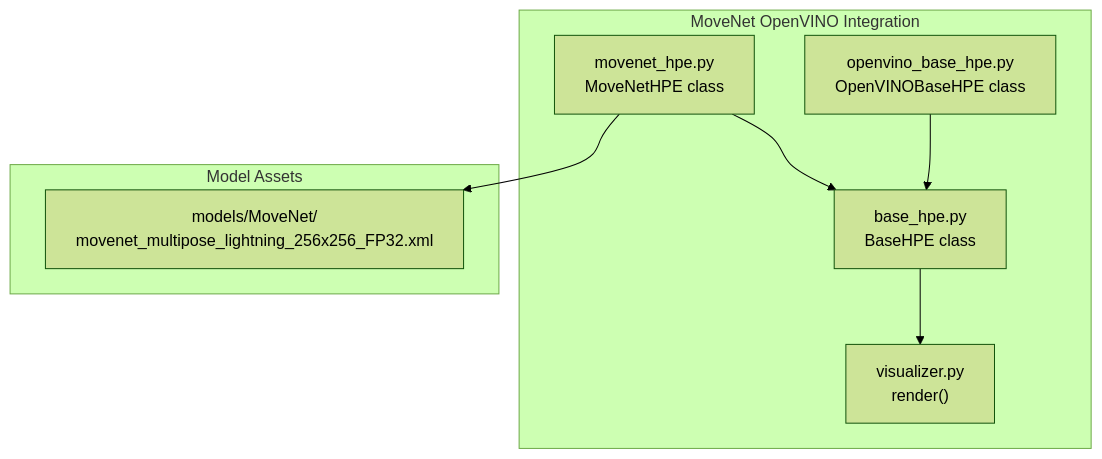
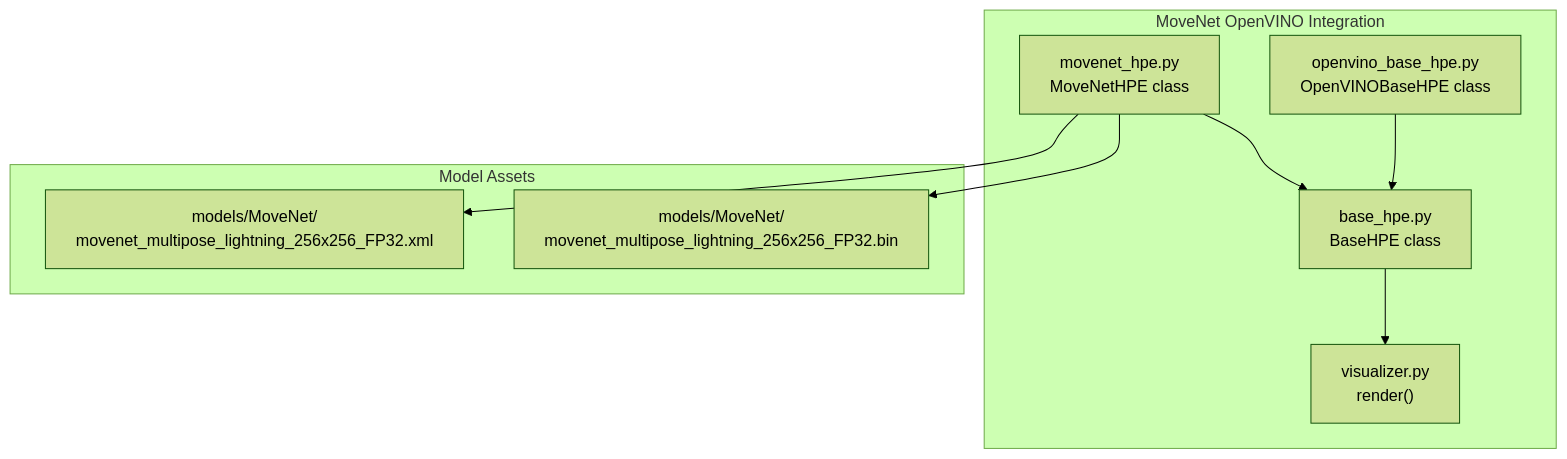
Before and after one commit to Fogus-Gr/MeasurementsDTs: the first of 7 diagrams in .qoder/repowiki/en/content/Model Implementations/MoveNet Implementation.md, drawn with Mermaid (forest theme). The commit also changed other lines of this file and 12 other files, not shown here.

````diff
--- a/.qoder/repowiki/en/content/Model Implementations/MoveNet Implementation.md
+++ b/.qoder/repowiki/en/content/Model Implementations/MoveNet Implementation.md
@@ -29,16 +38,18 @@
 ```mermaid
 graph TB
 subgraph "MoveNet OpenVINO Integration"
 A["movenet_hpe.py<br/>MoveNetHPE class"]
 B["openvino_base_hpe.py<br/>OpenVINOBaseHPE class"]
 C["base_hpe.py<br/>BaseHPE class"]
 D["visualizer.py<br/>render()"]
 end
 subgraph "Model Assets"
 E["models/MoveNet/<br/>movenet_multipose_lightning_256x256_FP32.xml"]
+F["models/MoveNet/<br/>movenet_multipose_lightning_256x256_FP32.bin"]
 end
 A --> C
 B --> C
 A --> E
+A --> F
 C --> D
 ```
````
